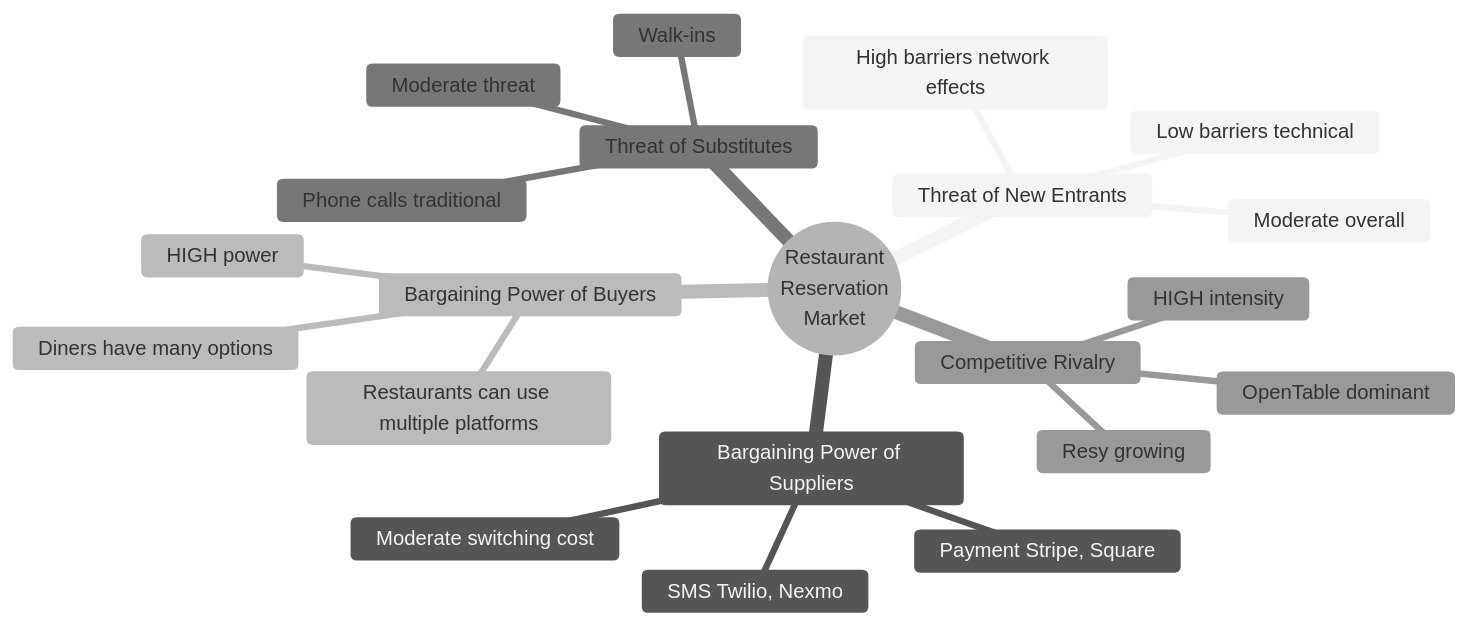
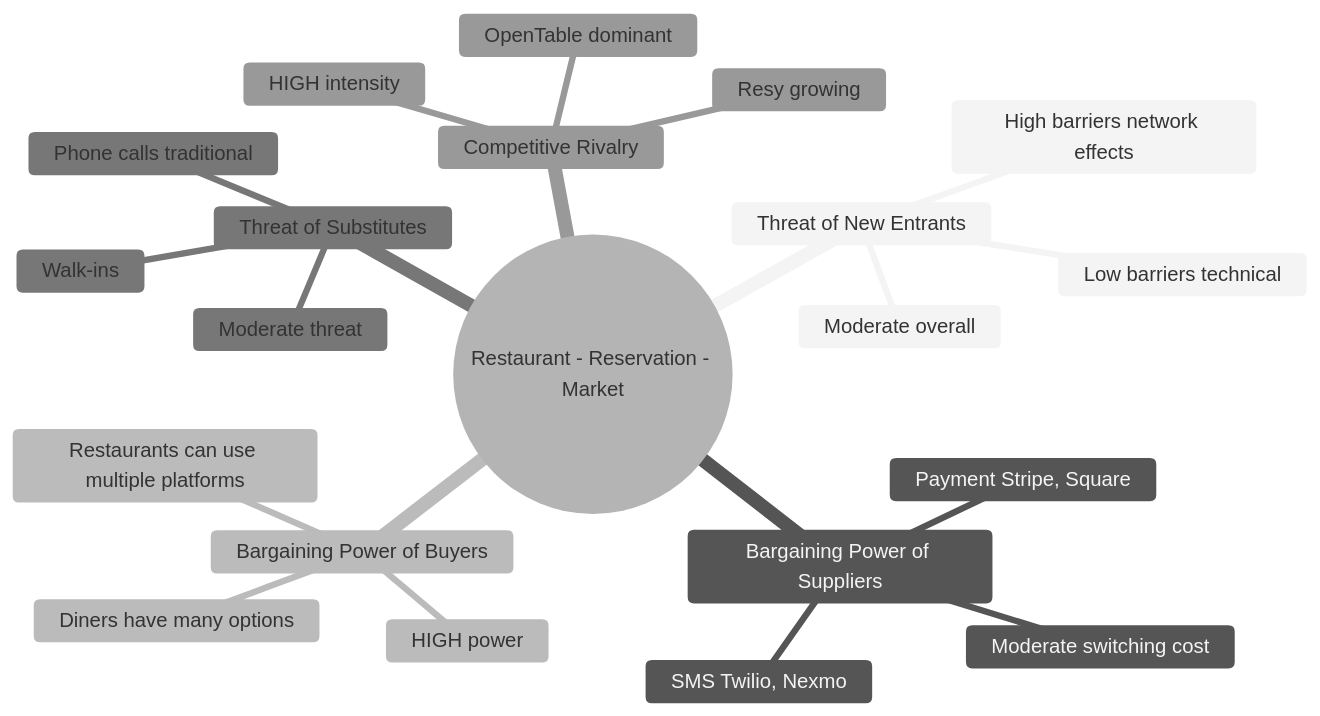
Before and after one commit to codezelaca/pm-ba-lifecycle: the second of 5 diagrams in 01-curriculum/03-strategy-analysis.md, drawn with Mermaid (neutral theme). The commit also changed other lines of this file and 11 other files, not shown here.

Commit message:
docs: standardize multi-line text formatting in diagrams and tables by replacing HTML line breaks with hyphens.

````diff
--- a/01-curriculum/03-strategy-analysis.md
+++ b/01-curriculum/03-strategy-analysis.md
@@ -105,24 +105,24 @@
 ```mermaid
 mindmap
-  root((Restaurant<br/>Reservation<br/>Market))
+  root((Restaurant - Reservation - Market))
     Threat of New Entrants
       Low barriers technical
       High barriers network effects
       Moderate overall
     Bargaining Power of Suppliers
       SMS Twilio, Nexmo
       Payment Stripe, Square
       Moderate switching cost
     Bargaining Power of Buyers
       Restaurants can use multiple platforms
       Diners have many options
       HIGH power
     Threat of Substitutes
       Phone calls traditional
       Walk-ins
       Moderate threat
     Competitive Rivalry
       OpenTable dominant
       Resy growing
       HIGH intensity
 ```
````
